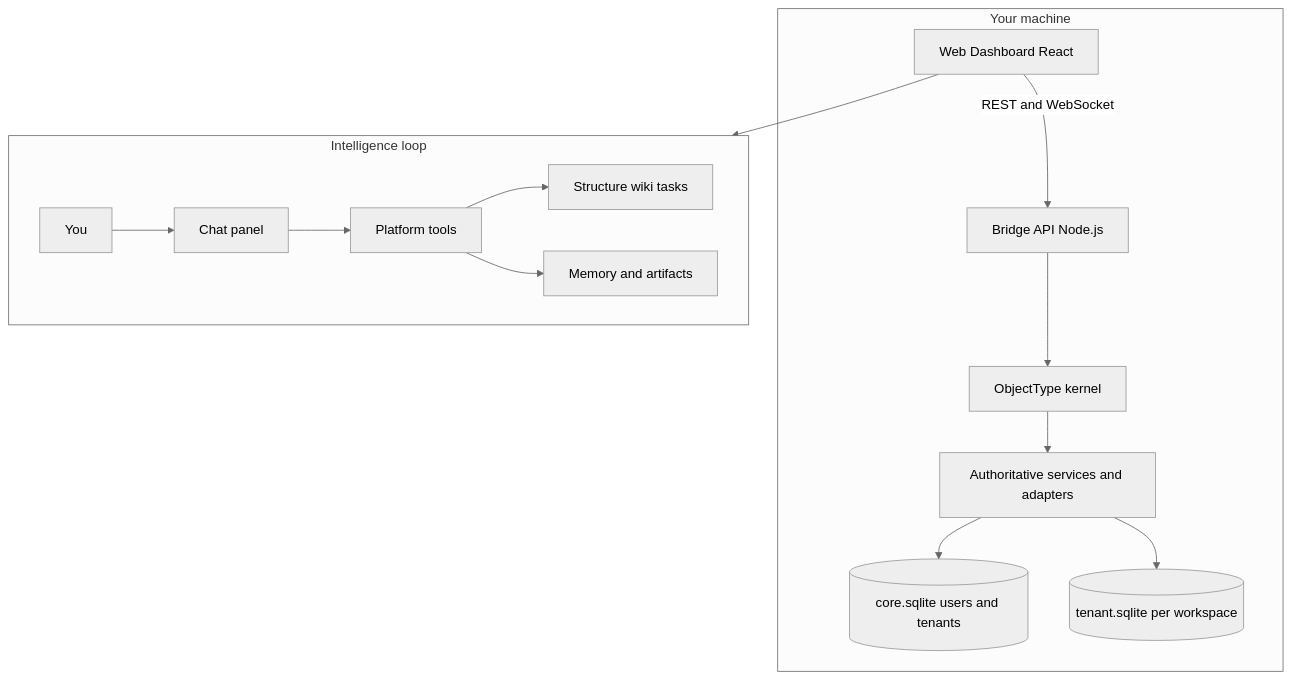
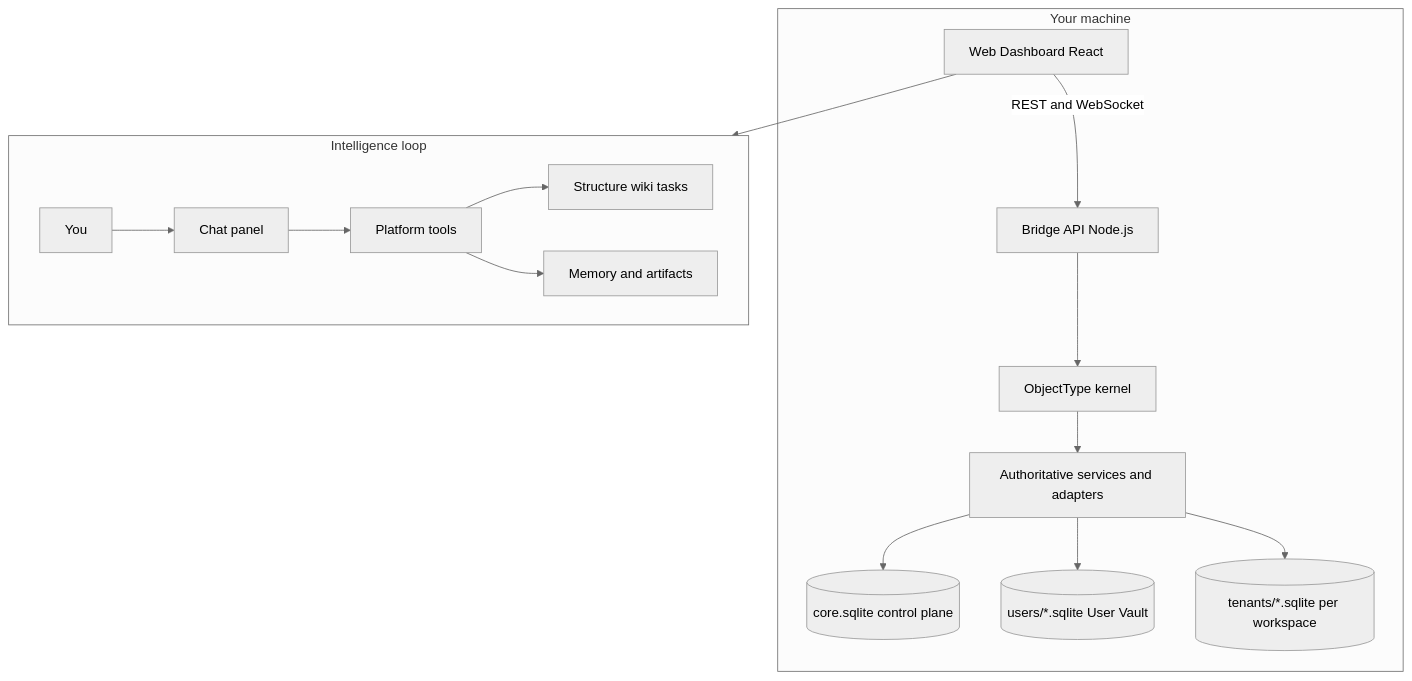
One commit to ReBoticsAI/GodMode changed the first of 4 diagrams in README.md. Above: the diagram before and after it, drawn with Mermaid (neutral theme). The commit also changed 41 other files, not shown here.

First line of the commit message:
Add per-account User DB and User Vault for shared Connect keys.

````diff
--- a/README.md
+++ b/README.md
@@ -69,23 +69,25 @@
 ```mermaid
 flowchart TB
   subgraph client [Your machine]
     Web[Web Dashboard React]
     Bridge[Bridge API Node.js]
     Kernel[ObjectType kernel]
     Services[Authoritative services and adapters]
-    CoreDb[(core.sqlite users and tenants)]
-    TenantDb[(tenant.sqlite per workspace)]
+    CoreDb[(core.sqlite control plane)]
+    UserDb[(users/*.sqlite User Vault)]
+    TenantDb[(tenants/*.sqlite per workspace)]
     Web -->|REST and WebSocket| Bridge
     Bridge --> Kernel
     Kernel --> Services
     Services --> CoreDb
+    Services --> UserDb
     Services --> TenantDb
   end
   subgraph intelligence [Intelligence loop]
     User[You] --> Chat[Chat panel]
     Chat --> Tools[Platform tools]
     Tools --> Structure[Structure wiki tasks]
     Tools --> Memory[Memory and artifacts]
   end
   Web --> intelligence
 ```
````
